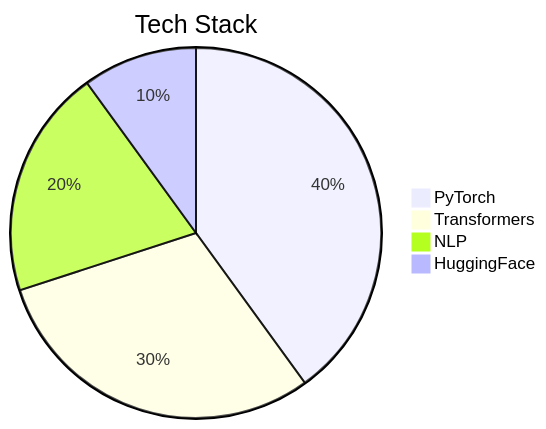
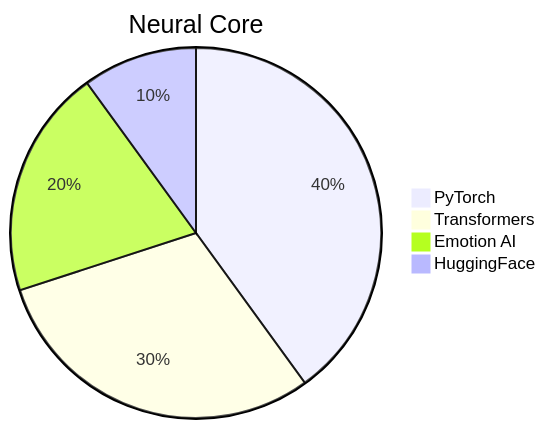
Before and after one commit to vaibhav2225/vaibhav2225: the first of 6 diagrams in README.md, drawn with Mermaid. The commit also changed other lines of this file, not shown here.

````diff
--- a/README.md
+++ b/README.md
@@ -191,7 +227,7 @@
 ```mermaid
-pie title Tech Stack
+pie title Neural Core
     "PyTorch" : 40
     "Transformers" : 30
-    "NLP" : 20
+    "Emotion AI" : 20
     "HuggingFace" : 10
 ```
````
